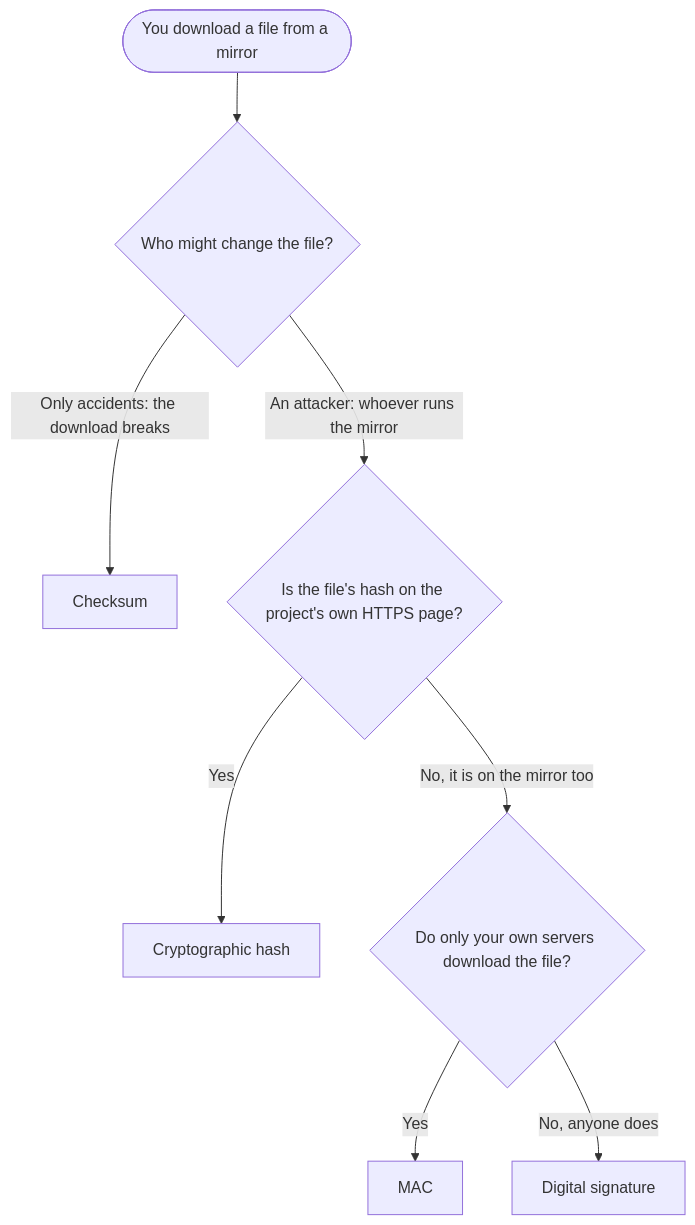
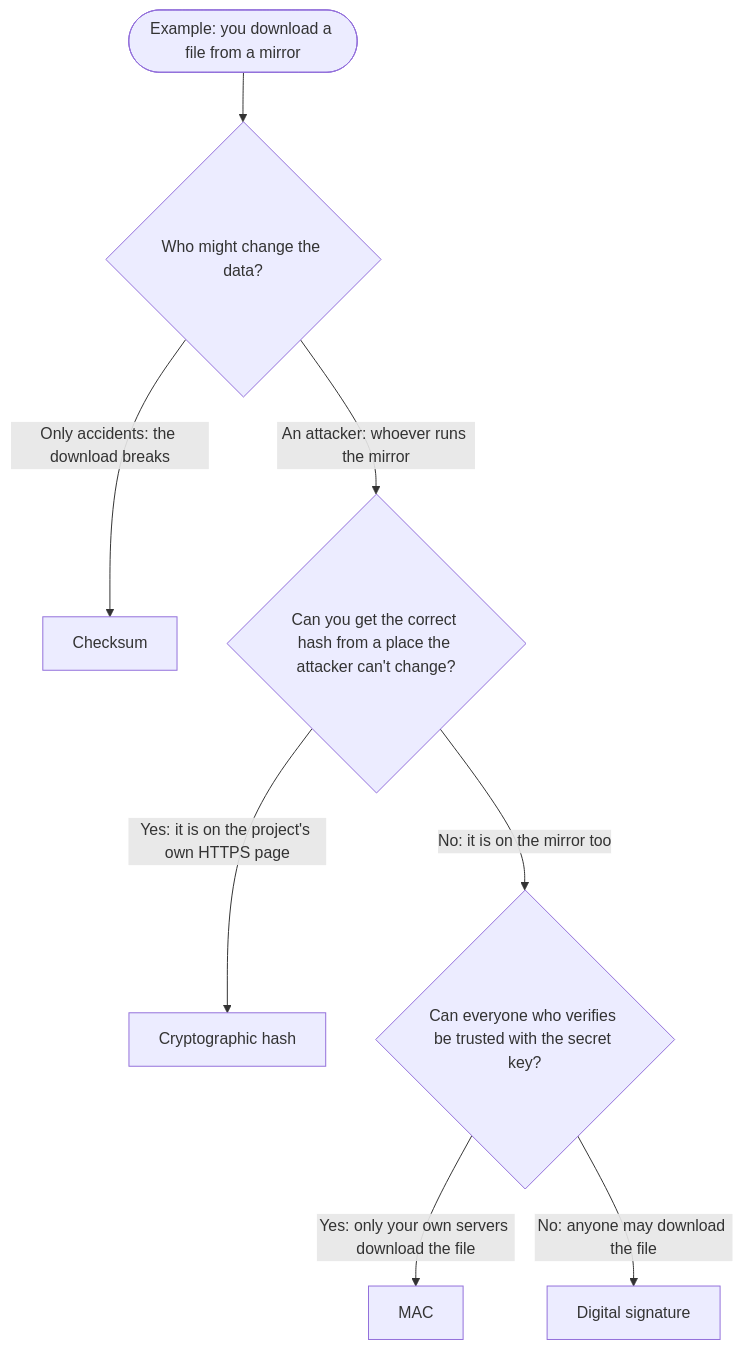
One commit to fsw0422/sd-handbook changed the second of 8 diagrams in cheatsheets/cryptography.md. Above: the diagram before and after it, drawn with Mermaid. The commit also changed other lines of this file, not shown here.

Commit message:
docs: fold the "choosing a check" table into its flowchart
Merge the table under the flowchart in the cryptography cheat sheet
into the chart itself, so one picture shows the whole choice.

- Ask the general questions in the diamonds, such as whether the
  correct hash comes from a place the attacker can't change.
- Put the file download example on the arrows, next to each answer.
- Remove the table, which the chart now covers.

````diff
--- a/cheatsheets/cryptography.md
+++ b/cheatsheets/cryptography.md
@@ -126,10 +126,10 @@
 ```mermaid
 flowchart TD
-    S(["You download a file from a mirror"]) --> Q1{"Who might change the file?"}
+    S(["Example: you download a file from a mirror"]) --> Q1{"Who might change the data?"}
     Q1 -->|"Only accidents: the download breaks"| C["Checksum"]
-    Q1 -->|"An attacker: whoever runs the mirror"| Q2{"Is the file's hash on the project's own HTTPS page?"}
-    Q2 -->|"Yes"| H["Cryptographic hash"]
-    Q2 -->|"No, it is on the mirror too"| Q3{"Do only your own servers download the file?"}
-    Q3 -->|"Yes"| M["MAC"]
-    Q3 -->|"No, anyone does"| SG["Digital signature"]
+    Q1 -->|"An attacker: whoever runs the mirror"| Q2{"Can you get the correct hash from a place the attacker can't change?"}
+    Q2 -->|"Yes: it is on the project's own HTTPS page"| H["Cryptographic hash"]
+    Q2 -->|"No: it is on the mirror too"| Q3{"Can everyone who verifies be trusted with the secret key?"}
+    Q3 -->|"Yes: only your own servers download the file"| M["MAC"]
+    Q3 -->|"No: anyone may download the file"| SG["Digital signature"]
 ```
````
